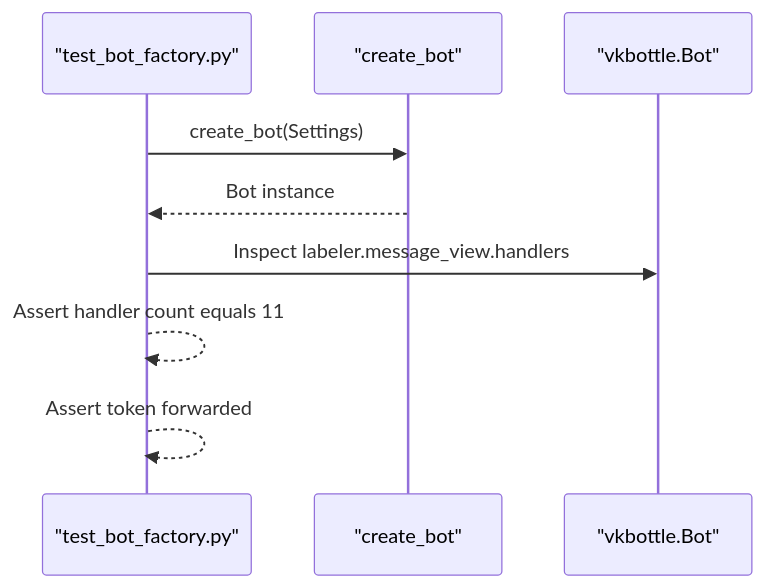
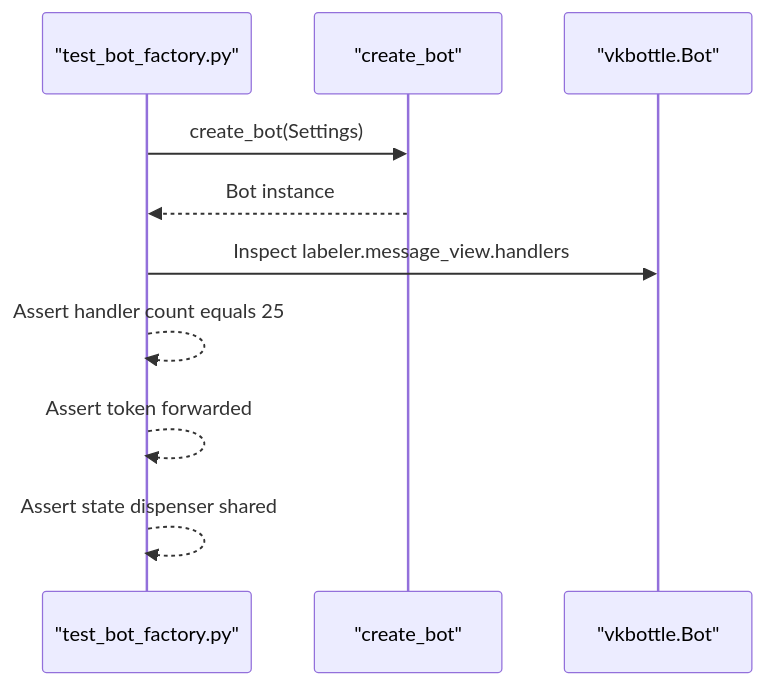
Before and after one commit to ognelis/cafetera_hr_bot: the fifth of 6 diagrams in .qoder/repowiki/en/content/VK Integration/Bot Factory.md, drawn with Mermaid. The commit also changed other lines of this file and 16 other files, not shown here.

````diff
--- a/.qoder/repowiki/en/content/VK Integration/Bot Factory.md
+++ b/.qoder/repowiki/en/content/VK Integration/Bot Factory.md
@@ -295,11 +372,12 @@
 ```mermaid
 sequenceDiagram
 participant Test as "test_bot_factory.py"
 participant Factory as "create_bot"
 participant Bot as "vkbottle.Bot"
 Test->>Factory : create_bot(Settings)
 Factory-->>Test : Bot instance
 Test->>Bot : Inspect labeler.message_view.handlers
-Test-->>Test : Assert handler count equals 11
+Test-->>Test : Assert handler count equals 25
 Test-->>Test : Assert token forwarded
+Test-->>Test : Assert state dispenser shared
 ```
````
